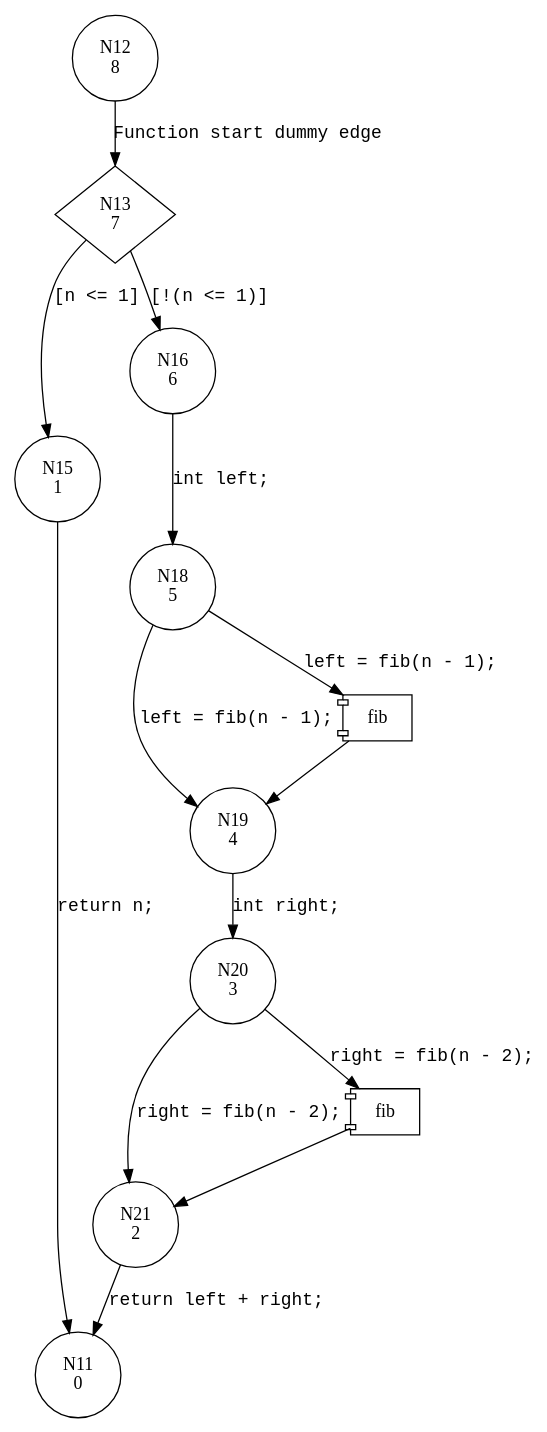
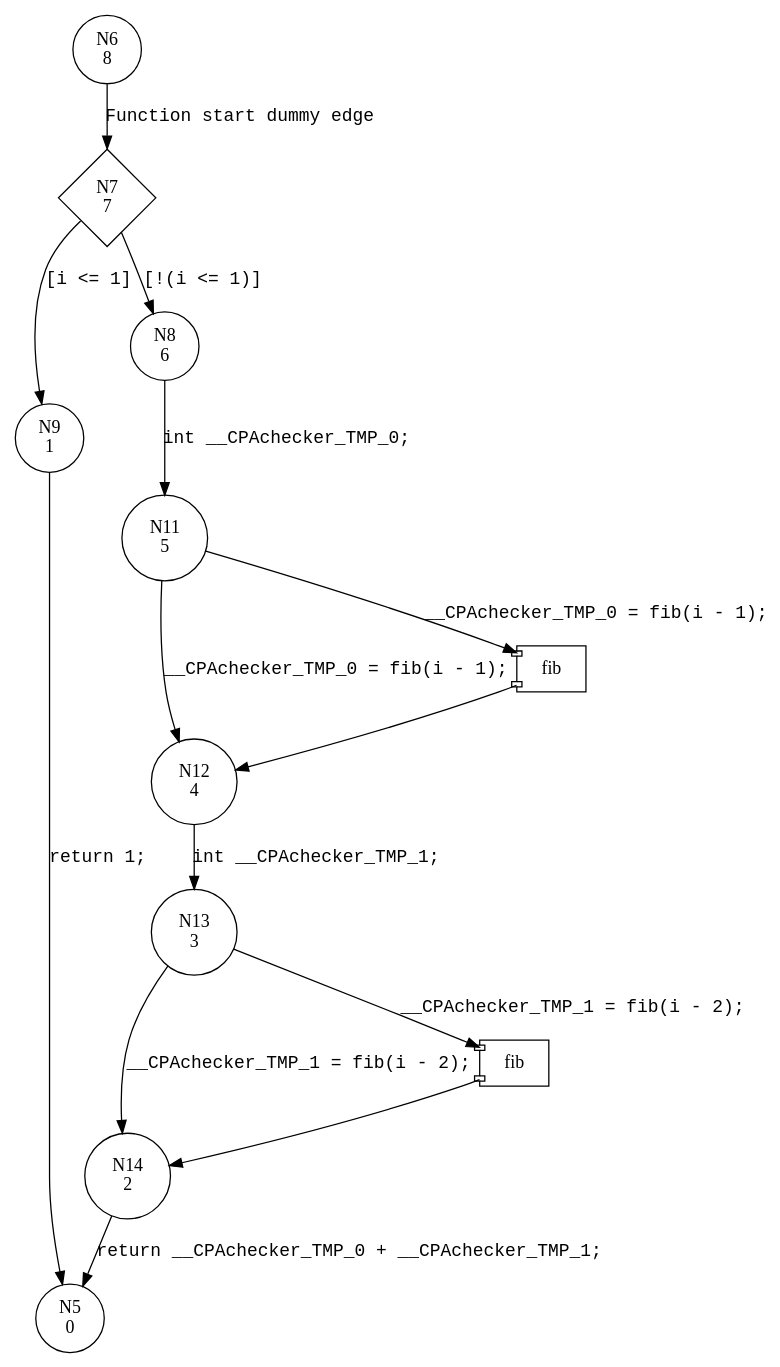
The diagram in serving/output/cfa__fib.dot (cedricrupb/NeuralAlgorithmSelection), drawn with Graphviz before and after one commit. The commit also changed 17 other files, not shown here.

```diff
--- a/serving/output/cfa__fib.dot
+++ b/serving/output/cfa__fib.dot
@@ -1,26 +1,26 @@
 digraph fib {
-12 [shape="circle" label="N12\n8"]
-13 [shape="diamond" label="N13\n7"]
-15 [shape="circle" label="N15\n1"]
-16 [shape="circle" label="N16\n6"]
-18 [shape="circle" label="N18\n5"]
-19 [shape="circle" label="N19\n4"]
-20 [shape="circle" label="N20\n3"]
-21 [shape="circle" label="N21\n2"]
-11 [shape="circle" label="N11\n0"]
-12 -> 13 [label="Function start dummy edge" fontname="Courier New"]
-13 -> 15 [label="[n <= 1]" fontname="Courier New"]
-13 -> 16 [label="[!(n <= 1)]" fontname="Courier New"]
+6 [shape="circle" label="N6\n8"]
+7 [shape="diamond" label="N7\n7"]
+9 [shape="circle" label="N9\n1"]
+8 [shape="circle" label="N8\n6"]
+11 [shape="circle" label="N11\n5"]
+12 [shape="circle" label="N12\n4"]
+13 [shape="circle" label="N13\n3"]
+14 [shape="circle" label="N14\n2"]
+5 [shape="circle" label="N5\n0"]
+6 -> 7 [label="Function start dummy edge" fontname="Courier New"]
+7 -> 9 [label="[i <= 1]" fontname="Courier New"]
+7 -> 8 [label="[!(i <= 1)]" fontname="Courier New"]
 100002 [shape="component" label="fib"]
-18 -> 100002 [label="left = fib(n - 1);" fontname="Courier New"]
-100002 -> 19 [label="" fontname="Courier New"]
-18 -> 19 [label="left = fib(n - 1);" fontname="Courier New"]
-19 -> 20 [label="int right;" fontname="Courier New"]
+11 -> 100002 [label="__CPAchecker_TMP_0 = fib(i - 1);" fontname="Courier New"]
+100002 -> 12 [label="" fontname="Courier New"]
+11 -> 12 [label="__CPAchecker_TMP_0 = fib(i - 1);" fontname="Courier New"]
+12 -> 13 [label="int __CPAchecker_TMP_1;" fontname="Courier New"]
 100003 [shape="component" label="fib"]
-20 -> 100003 [label="right = fib(n - 2);" fontname="Courier New"]
-100003 -> 21 [label="" fontname="Courier New"]
-20 -> 21 [label="right = fib(n - 2);" fontname="Courier New"]
-21 -> 11 [label="return left + right;" fontname="Courier New"]
-16 -> 18 [label="int left;" fontname="Courier New"]
-15 -> 11 [label="return n;" fontname="Courier New"]
+13 -> 100003 [label="__CPAchecker_TMP_1 = fib(i - 2);" fontname="Courier New"]
+100003 -> 14 [label="" fontname="Courier New"]
+13 -> 14 [label="__CPAchecker_TMP_1 = fib(i - 2);" fontname="Courier New"]
+14 -> 5 [label="return __CPAchecker_TMP_0 + __CPAchecker_TMP_1;" fontname="Courier New"]
+8 -> 11 [label="int __CPAchecker_TMP_0;" fontname="Courier New"]
+9 -> 5 [label="return 1;" fontname="Courier New"]
 }
```
